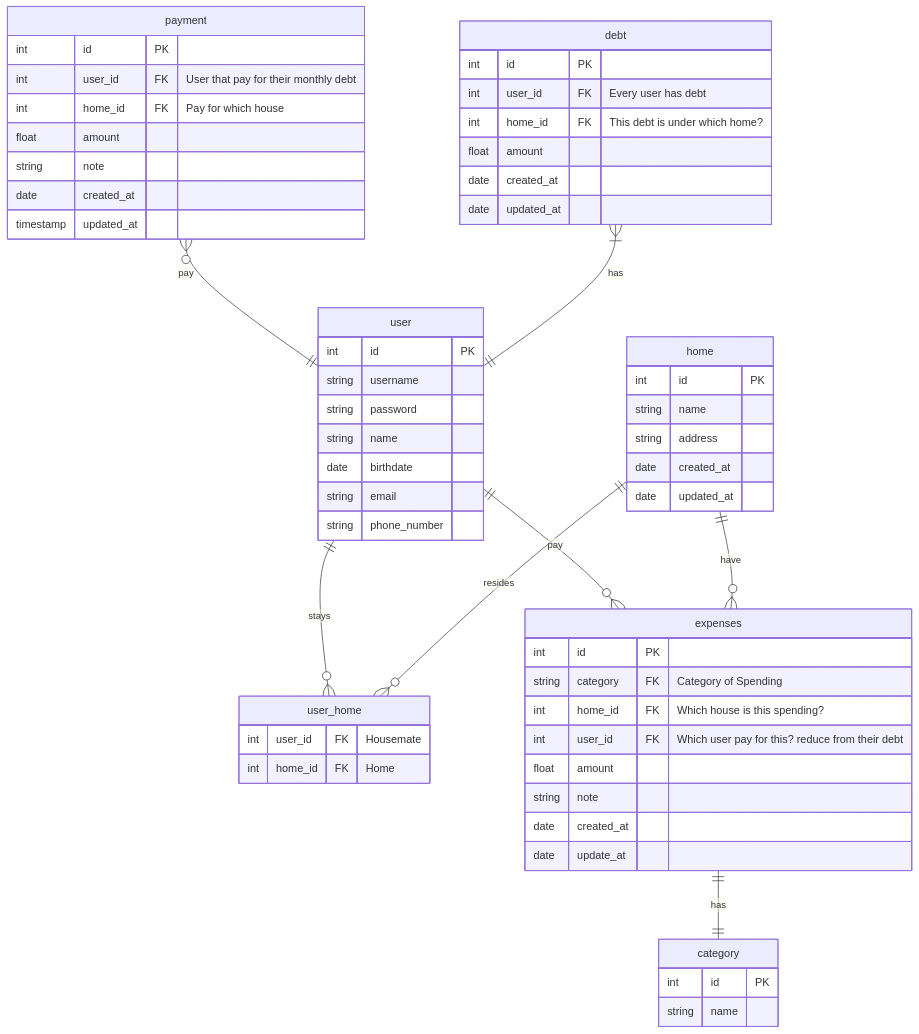
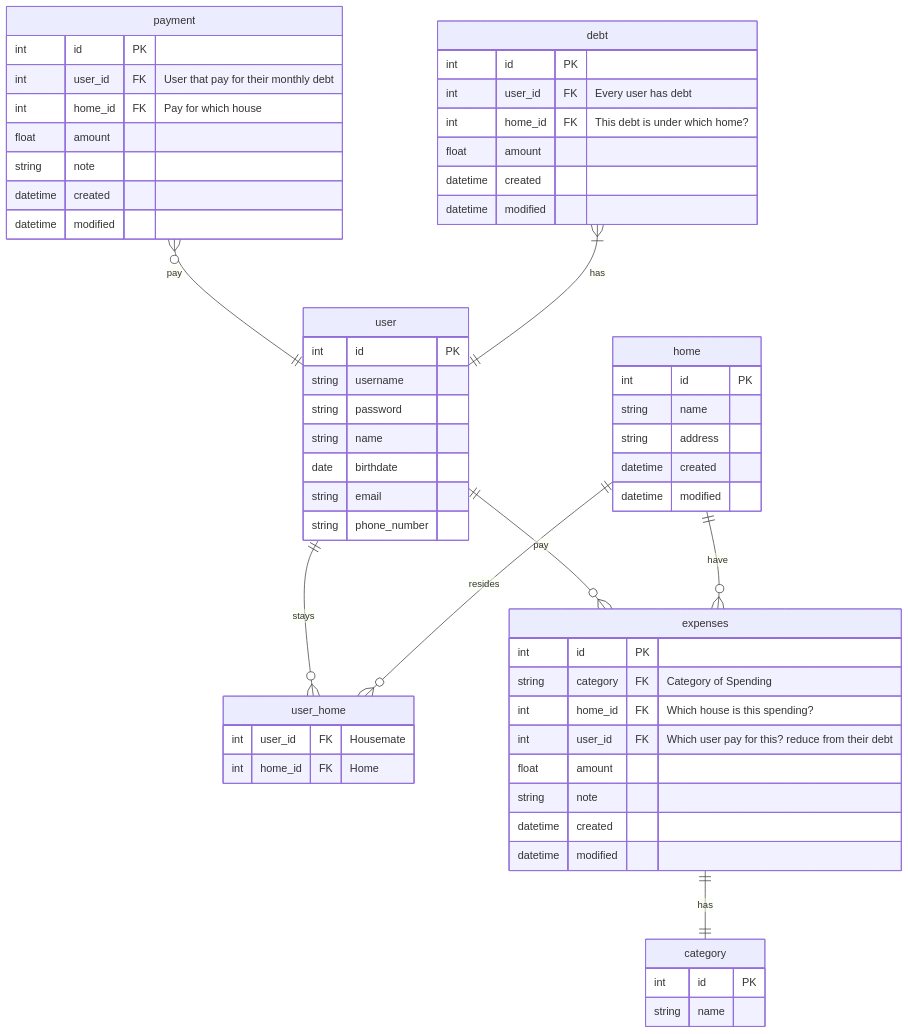
One commit to Skyquek/Trip-Bill-Management-System changed the diagram in mini-project/Readme.md. Above: the diagram before and after it, drawn with Mermaid. The commit also changed 3 other files, not shown here.

Commit message:
Use model_utils TimeStampModel to add created, modified field

````diff
--- a/mini-project/Readme.md
+++ b/mini-project/Readme.md
@@ -56,72 +56,72 @@
 ```mermaid
 erDiagram
     user ||--o{ user_home : stays
     user ||--o{ expenses : pay
     user {
         int id PK
         string username
         string password
         string name
         date birthdate
         string email
         string phone_number
     }
     
     home ||--o{ user_home : resides
     home ||--o{ expenses : have
     home {
         int id PK
         string name
         string address
-        date created_at
-        date updated_at
+        datetime created
+        datetime modified
     }
 
     user_home {
         int user_id FK "Housemate"
         int home_id FK "Home"
     }
 
     expenses ||--|| category: "has"
     expenses {
         int id PK
         string category FK "Category of Spending"
         int home_id FK "Which house is this spending?"
         int user_id FK "Which user pay for this? reduce from their debt"
         float amount
         string note
-        date created_at
-        date update_at
+        datetime created
+        datetime modified
     }
 
     category {
         int id PK
         string name
     }
 
     payment o{--|| user: pay
     payment {
         int id PK
         int user_id FK "User that pay for their monthly debt"
         int home_id FK "Pay for which house"
         float amount
         string note
-        date created_at
-        timestamp updated_at
+        datetime created
+        datetime modified
     }
 
     debt |{--|| user : "has"
     debt {
         int id PK
         int user_id FK "Every user has debt"
         int home_id FK "This debt is under which home?"
         float amount
-        date created_at
-        date updated_at
+        datetime created
+        datetime modified
     }
 
     
 
 
 
 ```
````
